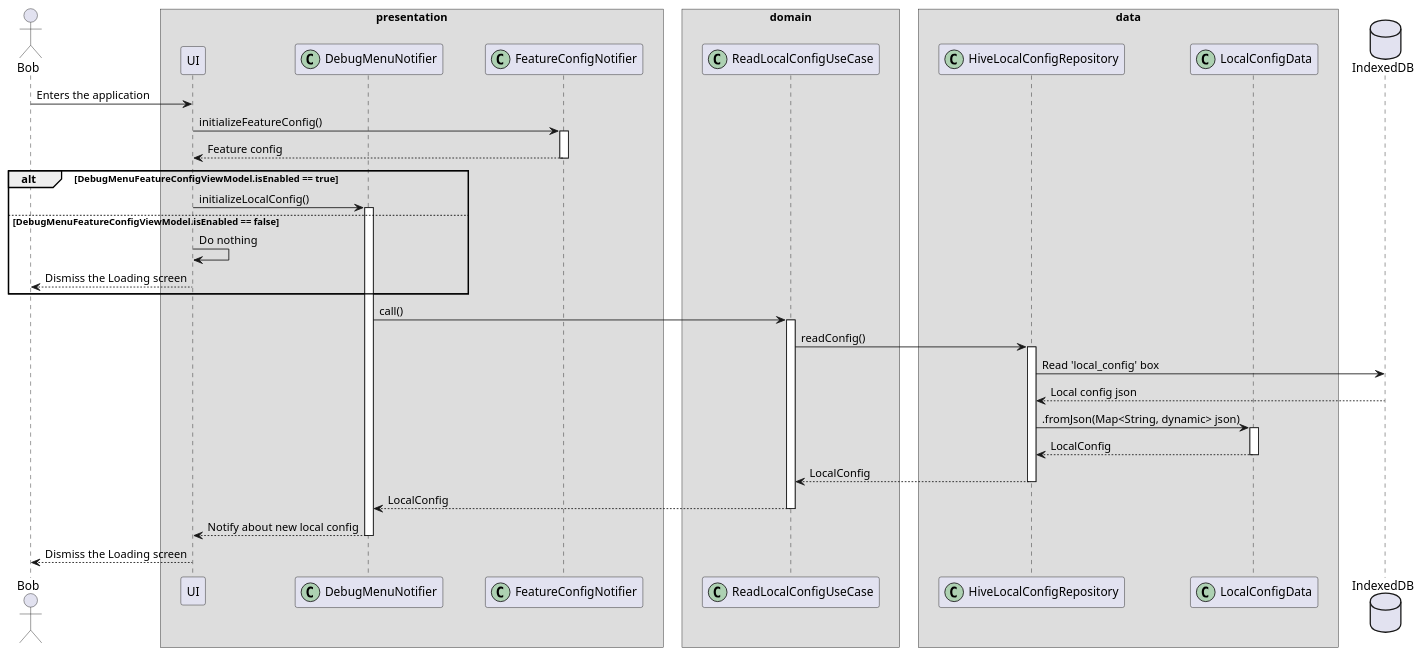
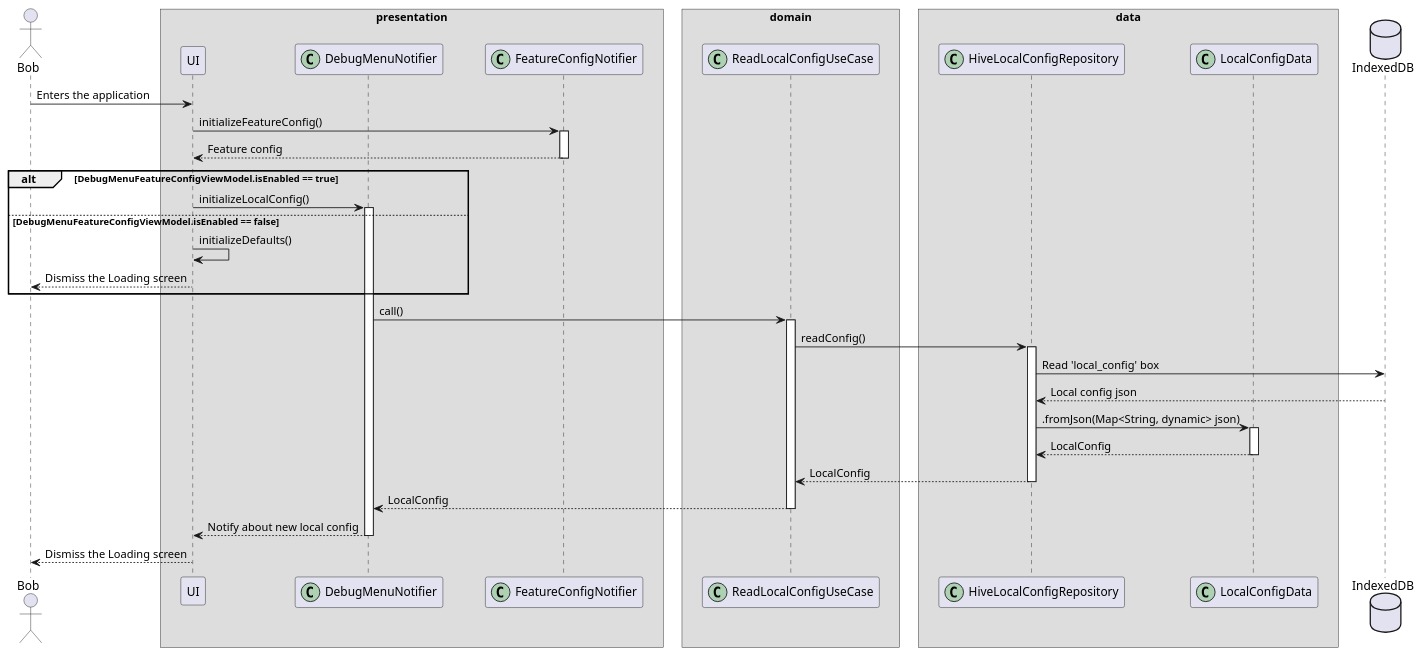
Before and after one commit to Flank/flank-dashboard: the diagram in metrics/web/docs/features/debug_menu/diagrams/debug_menu_read_config_sequence_diagram.puml, drawn with PlantUML. The commit also changed 2 other files, not shown here.

Commit message:
Little diagrams fixes, small document updates

```diff
--- a/metrics/web/docs/features/debug_menu/diagrams/debug_menu_read_config_sequence_diagram.puml
+++ b/metrics/web/docs/features/debug_menu/diagrams/debug_menu_read_config_sequence_diagram.puml
@@ -1,67 +1,67 @@
 @startuml debug_menu_read_config_sequence_diagram
 
 skinparam ParticipantPadding 20
 skinparam BoxPadding 10
 
 actor Bob
 
 box "presentation"
     participant UI
     participant DebugMenuNotifier << (C,#ADD1B2) >>
     participant FeatureConfigNotifier << (C,#ADD1B2) >>
 end box
 
 box "domain"
     participant ReadLocalConfigUseCase << (C,#ADD1B2) >>
 end box
 
 box "data"
     participant HiveLocalConfigRepository << (C,#ADD1B2) >>
     participant LocalConfigData << (C,#ADD1B2) >>
 end box
 
 database "IndexedDB" as DB
 
 Bob -> UI : Enters the application
 UI -> FeatureConfigNotifier : initializeFeatureConfig()
 activate FeatureConfigNotifier
 
 FeatureConfigNotifier --> UI : Feature config
 deactivate FeatureConfigNotifier
 
 alt DebugMenuFeatureConfigViewModel.isEnabled == true
     UI -> DebugMenuNotifier : initializeLocalConfig()
     activate DebugMenuNotifier
 else DebugMenuFeatureConfigViewModel.isEnabled == false
-    UI -> UI : Do nothing
+    UI -> UI : initializeDefaults()
     UI --> Bob : Dismiss the Loading screen
 end
 
 DebugMenuNotifier -> ReadLocalConfigUseCase : call()
 activate ReadLocalConfigUseCase
 
 ReadLocalConfigUseCase -> HiveLocalConfigRepository : readConfig()
 activate HiveLocalConfigRepository
 
 HiveLocalConfigRepository -> DB : Read 'local_config' box
 
 DB --> HiveLocalConfigRepository : Local config json
 
 HiveLocalConfigRepository -> LocalConfigData : .fromJson(Map<String, dynamic> json)
 activate LocalConfigData
 
 LocalConfigData --> HiveLocalConfigRepository : LocalConfig
 deactivate LocalConfigData
 
 HiveLocalConfigRepository --> ReadLocalConfigUseCase : LocalConfig
 deactivate HiveLocalConfigRepository
 
 ReadLocalConfigUseCase --> DebugMenuNotifier : LocalConfig
 deactivate ReadLocalConfigUseCase
 
 DebugMenuNotifier --> UI : Notify about new local config
 deactivate DebugMenuNotifier
 
 UI --> Bob : Dismiss the Loading screen
 
 @enduml
```
